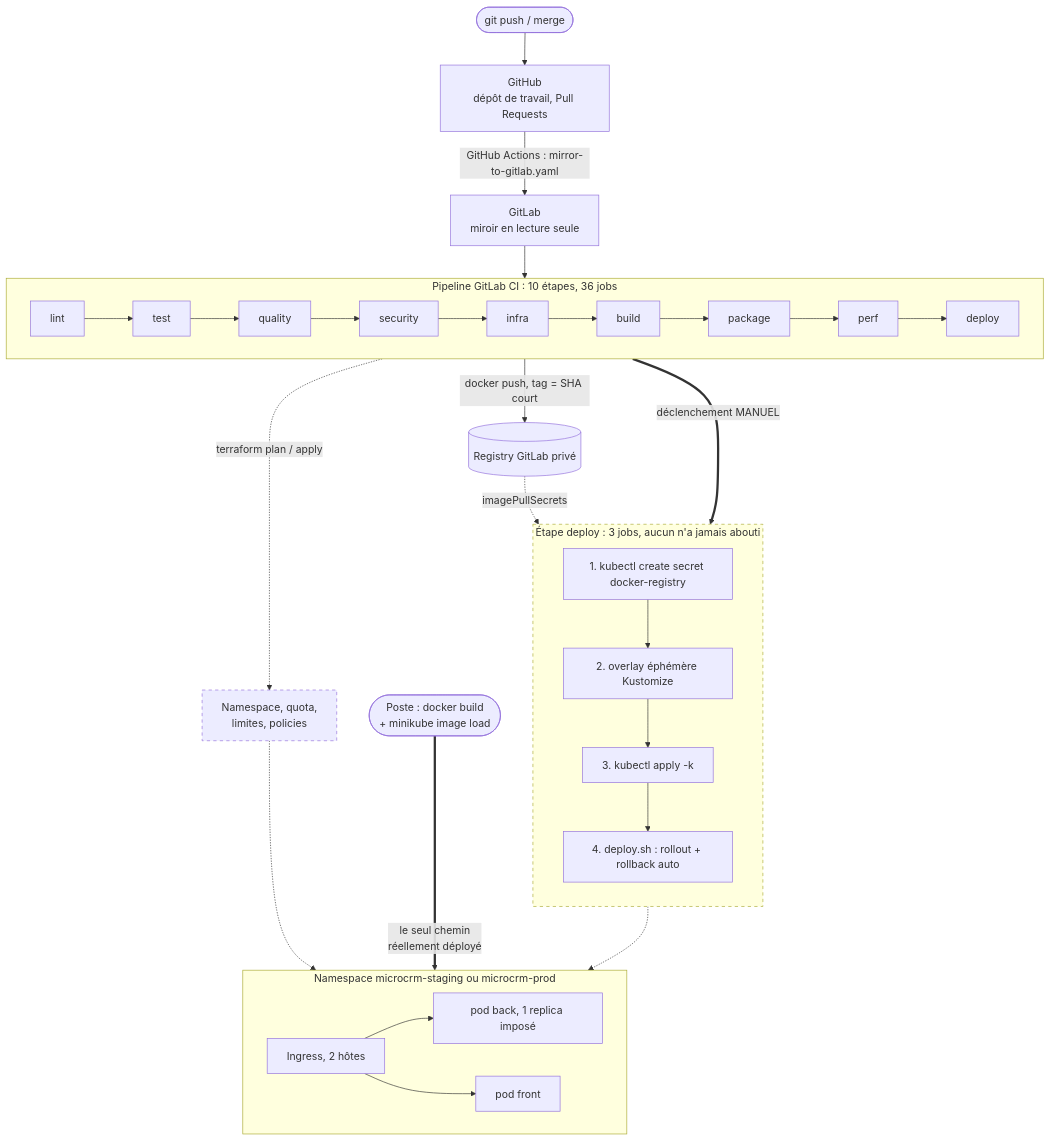
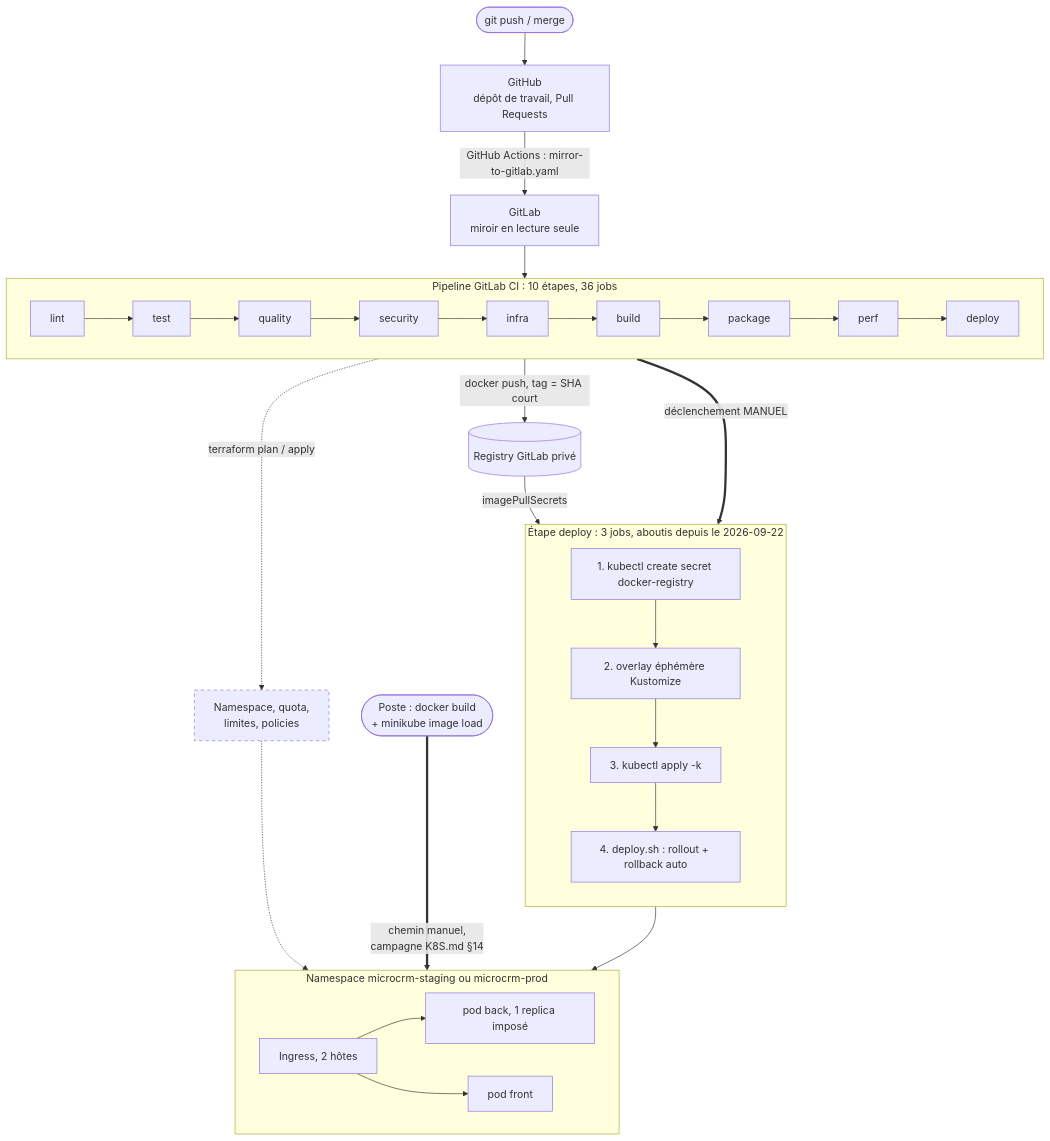
One commit to TedPasquiet/G-rez-le-cycle-de-vie-de-d-veloppement-logiciel changed the first of 2 diagrams in docs/documentation-infrastructure.md. Above: the diagram before and after it, drawn with Mermaid. The commit also changed other lines of this file and 9 other files, not shown here.

````diff
--- a/docs/documentation-infrastructure.md
+++ b/docs/documentation-infrastructure.md
@@ -66,35 +70,35 @@
 ```mermaid
 flowchart TB
     dev(["git push / merge"]) --> gh["GitHub<br/>dépôt de travail, Pull Requests"]
     gh -->|"GitHub Actions : mirror-to-gitlab.yaml"| gl["GitLab<br/>miroir en lecture seule"]
     gl --> pipe
     subgraph pipe["Pipeline GitLab CI : 10 étapes, 36 jobs"]
         direction LR
         s1["lint"] --> s2["test"] --> s3["quality"] --> s4["security"] --> s5["infra"] --> s6["build"] --> s7["package"] --> s8["perf"] --> s9["deploy"]
     end
     s7 -->|"docker push, tag = SHA court"| reg[("Registry GitLab privé")]
     s5 -.->|"terraform plan / apply"| tf["Namespace, quota,<br/>limites, policies"]
     s9 == "déclenchement MANUEL" ==> jobs
-    subgraph jobs["Étape deploy : 3 jobs, aucun n'a jamais abouti"]
+    subgraph jobs["Étape deploy : 3 jobs, aboutis depuis le 2026-09-22"]
         direction TB
         j1["1. kubectl create secret docker-registry"]
         j2["2. overlay éphémère Kustomize"]
         j3["3. kubectl apply -k"]
         j4["4. deploy.sh : rollout + rollback auto"]
         j1 --> j2 --> j3 --> j4
     end
-    reg -.->|"imagePullSecrets"| j3
+    reg -->|"imagePullSecrets"| j3
     tf -.-> ns
-    j4 -.-> ns
+    j4 --> ns
     subgraph ns["Namespace microcrm-staging ou microcrm-prod"]
         direction LR
         ing["Ingress, 2 hôtes"]
         pb["pod back, 1 replica imposé"]
         pf["pod front"]
         ing --> pb
         ing --> pf
     end
-    poste(["Poste : docker build<br/>+ minikube image load"]) ==>|"le seul chemin<br/>réellement déployé"| ns
+    poste(["Poste : docker build<br/>+ minikube image load"]) ==>|"chemin manuel,<br/>campagne K8S.md §14"| ns
     classDef jamais stroke-dasharray: 5 5;
-    class jobs,tf jamais;
+    class tf jamais;
 ```
````
